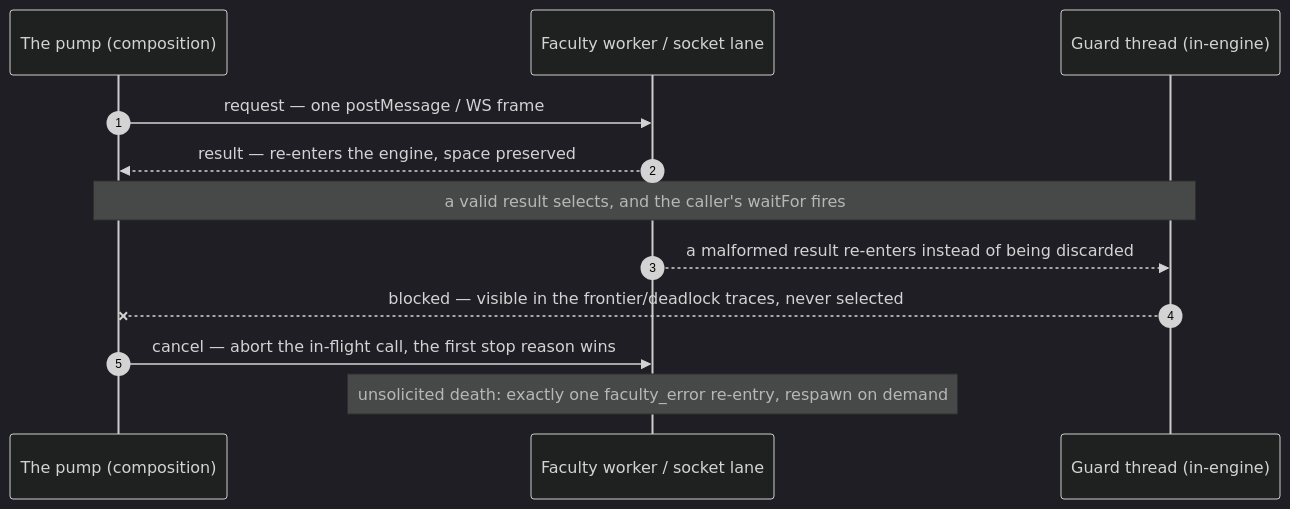
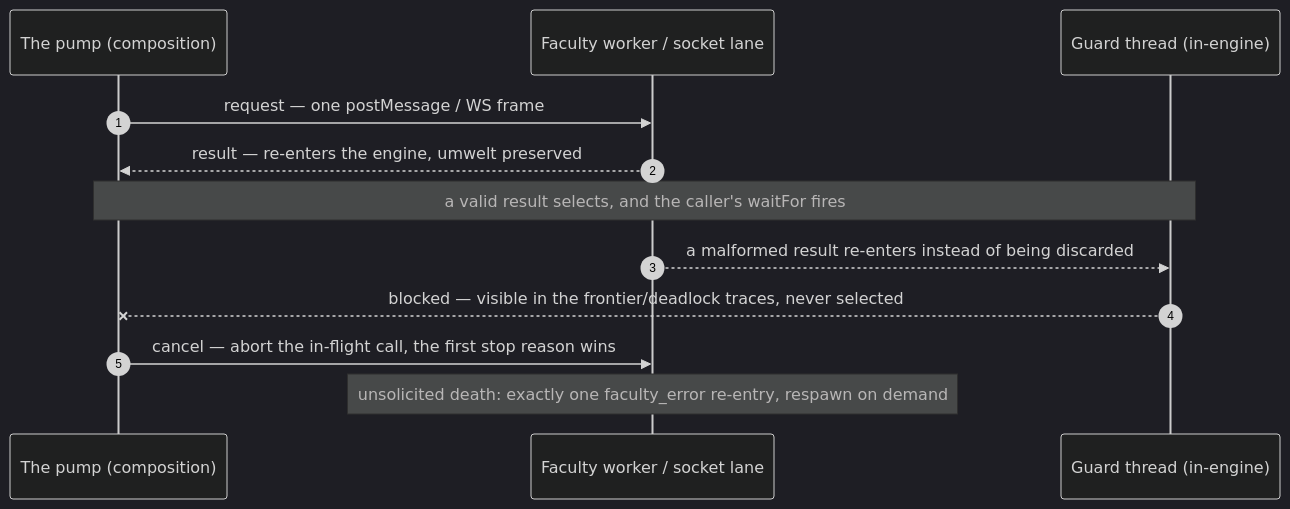
The second of 2 diagrams in README.md (behavioral-sh/behavioral), drawn with Mermaid (dark theme) before and after one commit. The commit also changed other lines of this file and 3 other files, not shown here.

````diff
--- a/README.md
+++ b/README.md
@@ -67,14 +67,14 @@
 ```mermaid
 sequenceDiagram
   autonumber
   participant P as The pump (composition)
   participant F as Faculty worker / socket lane
   participant G as Guard thread (in-engine)
   P->>F: request — one postMessage / WS frame
-  F-->>P: result — re-enters the engine, space preserved
+  F-->>P: result — re-enters the engine, umwelt preserved
   Note over P,G: a valid result selects, and the caller's waitFor fires
   F-->>G: a malformed result re-enters instead of being discarded
   G--xP: blocked — visible in the frontier/deadlock traces, never selected
   P->>F: cancel — abort the in-flight call, the first stop reason wins
   Note over F: unsolicited death: exactly one faculty_error re-entry, respawn on demand
 ```
````
